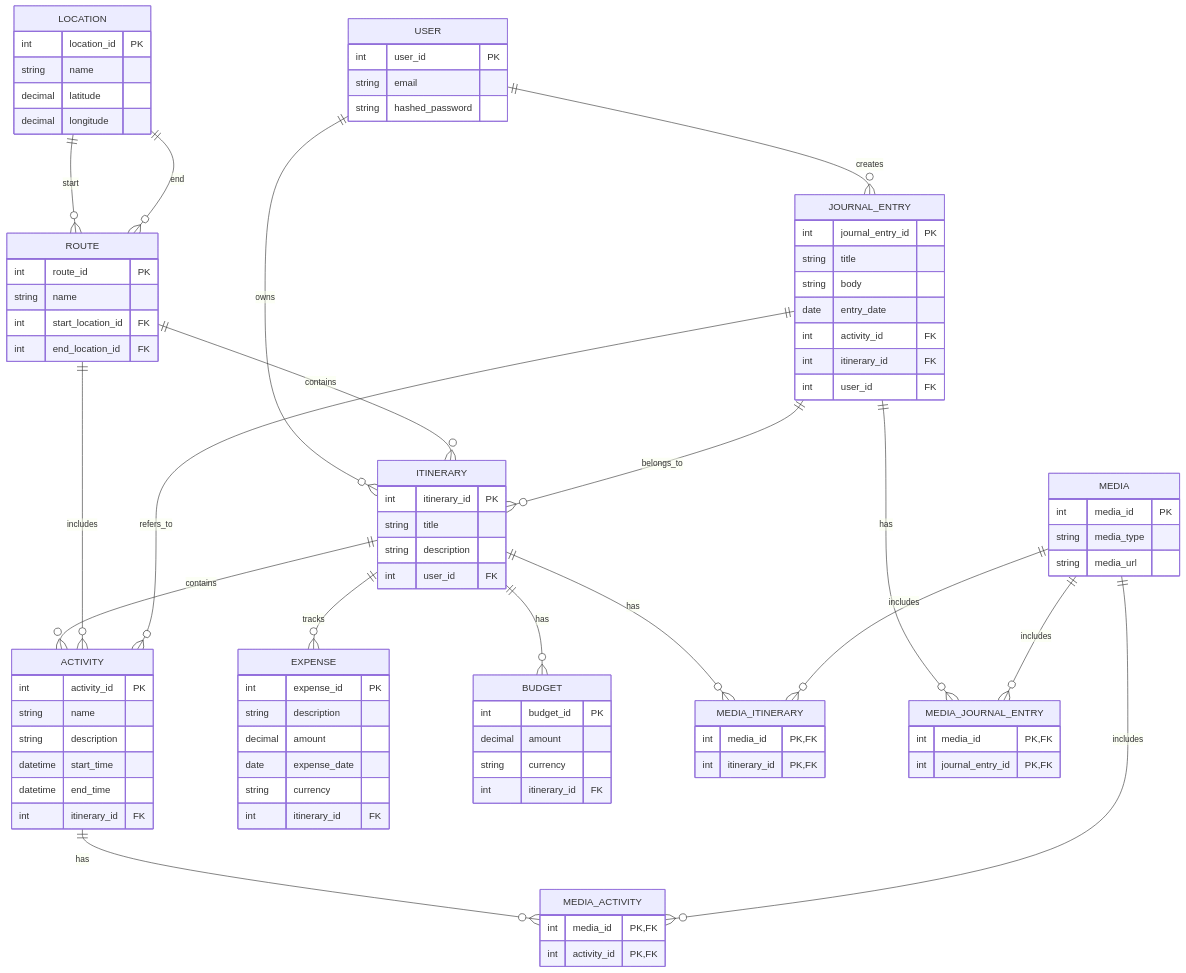
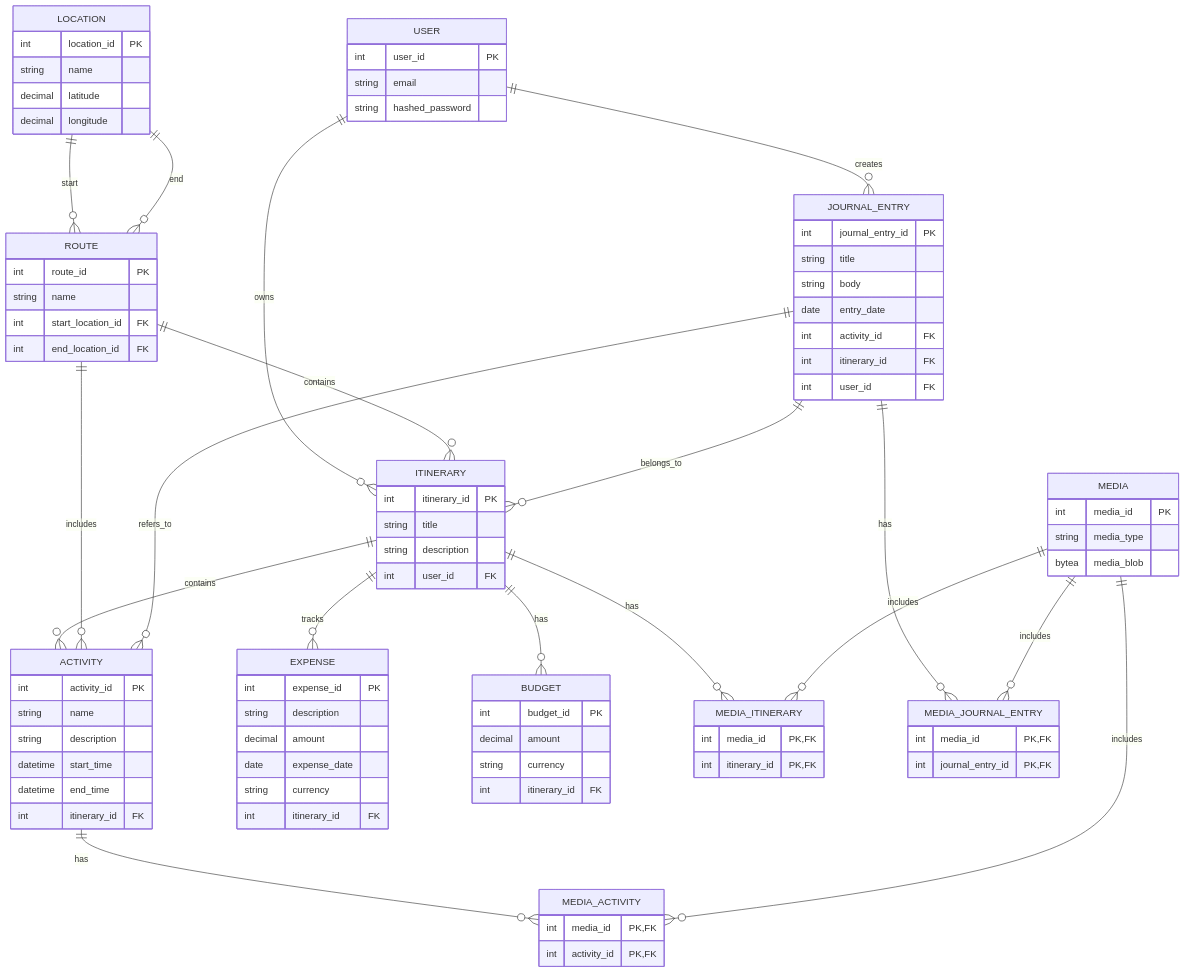
One commit to jarlah/JourniPlan changed the diagram in README.md. Above: the diagram before and after it, drawn with Mermaid.

Commit message:
change media_url til media_blob

```diff
--- a/README.md
+++ b/README.md
@@ -47,7 +47,7 @@
     MEDIA {
         int media_id PK
         string media_type
-        string media_url
+        bytea media_blob
     }
     EXPENSE {
         int expense_id PK
```
